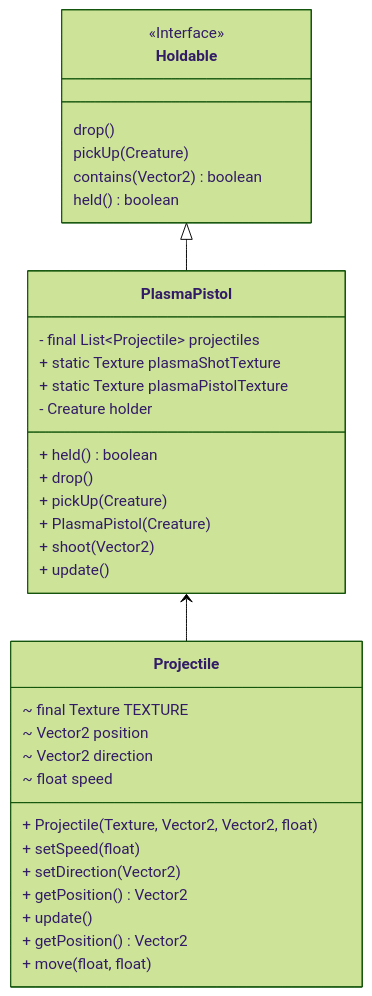
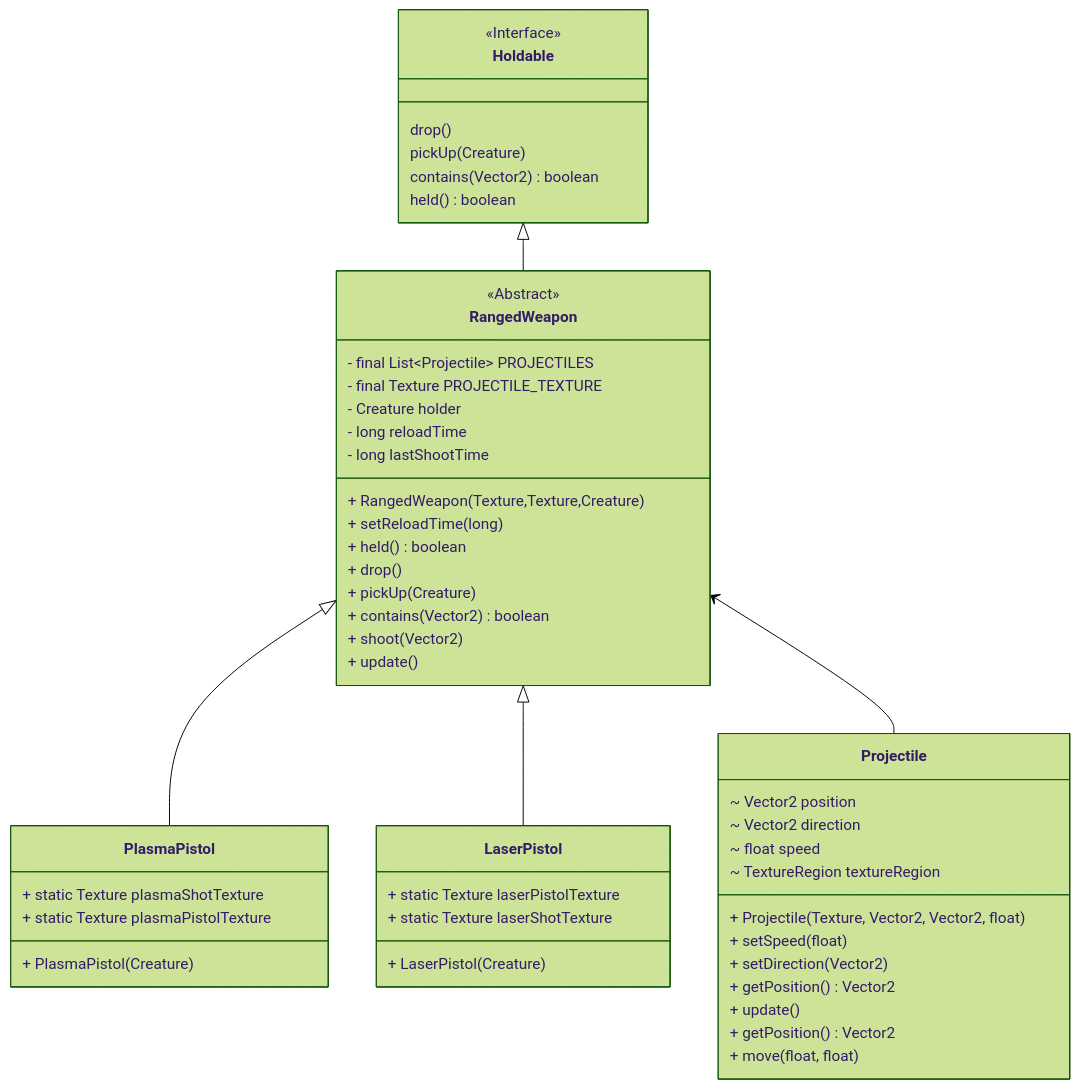
Before and after one commit to StrangeClone/PixelStars: the diagram in core/src/com/pixelstar/gameobject/weapons/README.md, drawn with Mermaid (forest theme). The commit also changed 15 other files, not shown here.

````diff
--- a/core/src/com/pixelstar/gameobject/weapons/README.md
+++ b/core/src/com/pixelstar/gameobject/weapons/README.md
@@ -5,37 +5,53 @@
 ```mermaid
 classDiagram
 class Holdable {
    <<Interface>>
    drop()
    pickUp(Creature)
    contains(Vector2) boolean
    held() boolean
 }
-class PlasmaPistol {
-    - final List~Projectile~ projectiles
-    + static Texture plasmaShotTexture
-    + static Texture plasmaPistolTexture
+class RangedWeapon {
+    <<Abstract>>
+    - final List~Projectile~ PROJECTILES
+    - final Texture PROJECTILE_TEXTURE
     - Creature holder
+    - long reloadTime
+    - long lastShootTime
+    + RangedWeapon(Texture,Texture,Creature)
+    + setReloadTime(long)
     + held() boolean
     + drop()
     + pickUp(Creature)
-    + PlasmaPistol(Creature)
+    + contains(Vector2) boolean
     + shoot(Vector2)
     + update()
 }
-Holdable <|-- PlasmaPistol
+Holdable <|-- RangedWeapon
+class PlasmaPistol {
+    + static Texture plasmaShotTexture
+    + static Texture plasmaPistolTexture
+    + PlasmaPistol(Creature)
+}
+RangedWeapon <|-- PlasmaPistol
+class LaserPistol {
+    + static Texture laserPistolTexture
+    + static Texture laserShotTexture
+    + LaserPistol(Creature)
+}
+RangedWeapon <|-- LaserPistol
 class Projectile {
-    ~ final Texture TEXTURE
     ~ Vector2 position
     ~ Vector2 direction
     ~ float speed
+    ~ TextureRegion textureRegion
     + Projectile(Texture, Vector2, Vector2, float)
     + setSpeed(float)
     + setDirection(Vector2)
     + getPosition() Vector2
     + update()
     + getPosition() Vector2
     + move(float, float)
 }
-PlasmaPistol <-- Projectile
+RangedWeapon <-- Projectile
 ```
````
